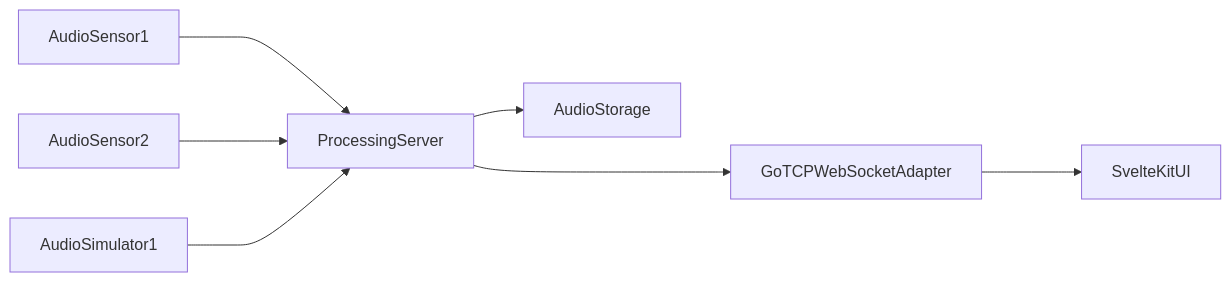
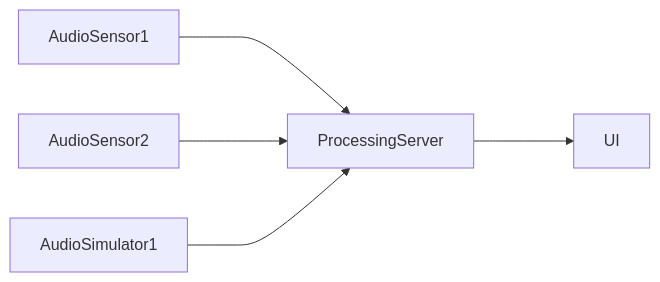
Before and after one commit to Sense-Scape/.github: the first of 2 diagrams in profile/README.md, drawn with Mermaid.

````diff
--- a/profile/README.md
+++ b/profile/README.md
@@ -28,12 +28,8 @@
 ``` mermaid
 graph LR; 
 
 AudioSensor1 ---> ProcessingServer
 AudioSensor2 ---> ProcessingServer
 AudioSimulator1 ---> ProcessingServer
-
-ProcessingServer --->GoTCPWebSocketAdapter
-ProcessingServer --> AudioStorage
-
-GoTCPWebSocketAdapter --->SvelteKitUI
+ProcessingServer ---> UI
 ```
````
